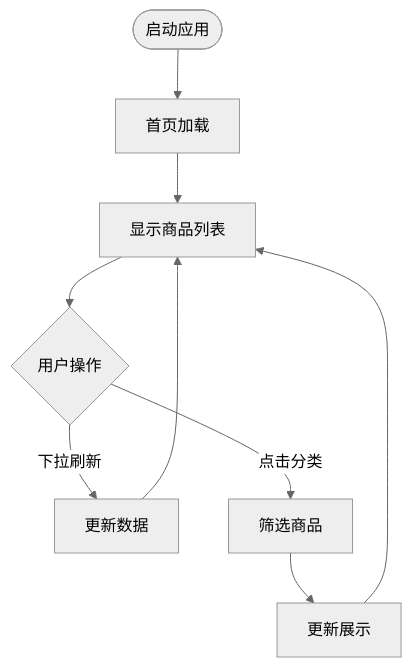
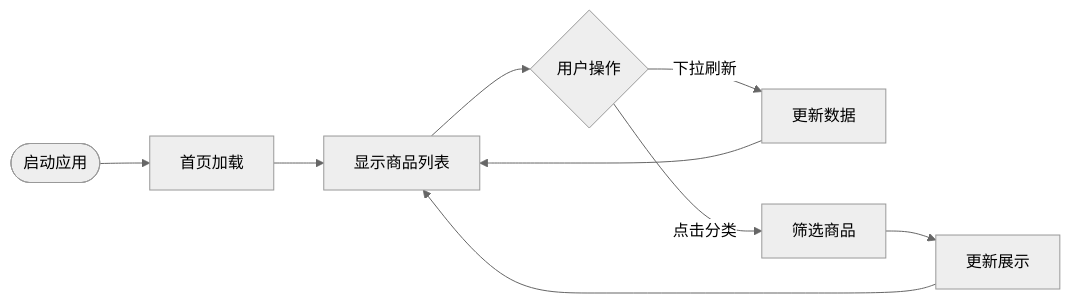
The first of 5 diagrams in docs/需求分析文档.md (youyeyejie/NIS3366_HarmonyOS_MyShoppingApp), drawn with Mermaid (neutral theme) before and after one commit. The commit also changed other lines of this file and 1 other file, not shown here.

````diff
--- a/docs/需求分析文档.md
+++ b/docs/需求分析文档.md
@@ -490,11 +479,11 @@
 ```mermaid
-flowchart TD
+flowchart LR
     A([启动应用]) --> B[首页加载]
     B --> C[显示商品列表]
     C --> D{用户操作}
     D -->|下拉刷新| E[更新数据]
     D -->|点击分类| F[筛选商品]
     E --> C
     F --> G[更新展示]
     G --> C
 ```
````
